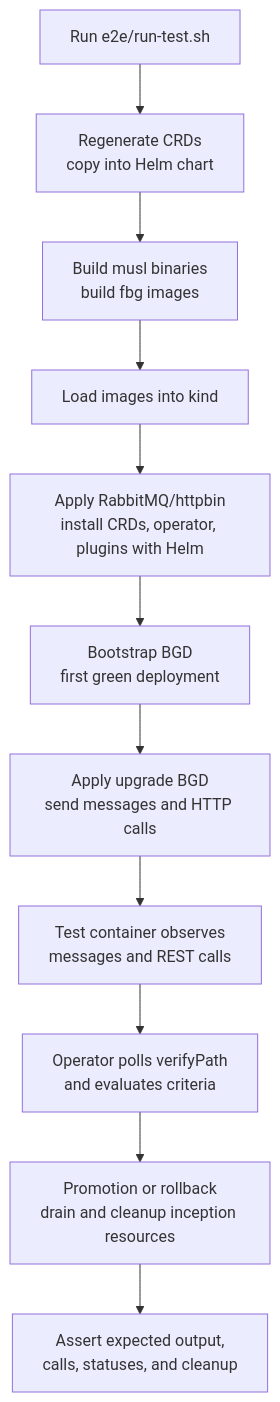
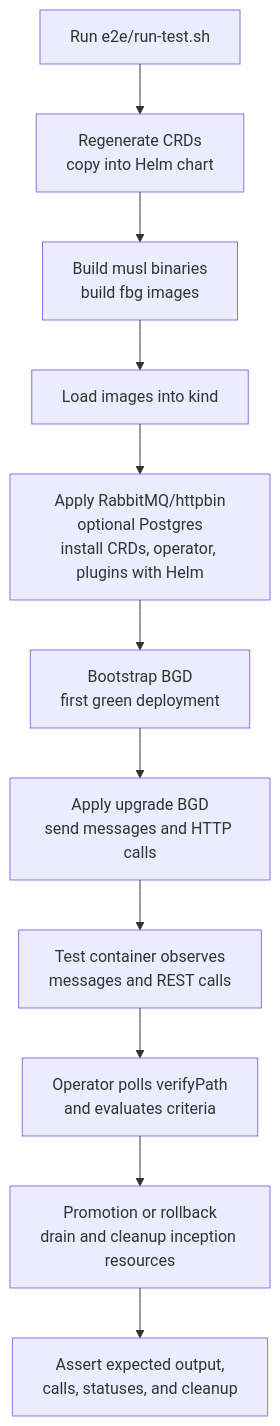
One commit to dlahmad/fluidbgoperator changed the first of 3 diagrams in docs/testing/e2e.md. Above: the diagram before and after it, drawn with Mermaid. The commit also changed other lines of this file and 25 other files, not shown here.

````diff
--- a/docs/testing/e2e.md
+++ b/docs/testing/e2e.md
@@ -13,16 +13,16 @@
 ```mermaid
 flowchart TD
     START["Run e2e/run-test.sh"]
     CRD["Regenerate CRDs<br/>copy into Helm chart"]
     IMG["Build musl binaries<br/>build fbg images"]
     LOAD["Load images into kind"]
-    INFRA["Apply RabbitMQ/httpbin<br/>install CRDs, operator, plugins with Helm"]
+    INFRA["Apply RabbitMQ/httpbin<br/>optional Postgres<br/>install CRDs, operator, plugins with Helm"]
     BOOT["Bootstrap BGD<br/>first green deployment"]
     PASS["Apply upgrade BGD<br/>send messages and HTTP calls"]
     VERIFY["Test container observes<br/>messages and REST calls"]
     DECIDE["Operator polls verifyPath<br/>and evaluates criteria"]
     CLEAN["Promotion or rollback<br/>drain and cleanup inception resources"]
     CHECK["Assert expected output,<br/>calls, statuses, and cleanup"]
 
     START --> CRD --> IMG --> LOAD --> INFRA --> BOOT --> PASS --> VERIFY --> DECIDE --> CLEAN --> CHECK
 ```
````
